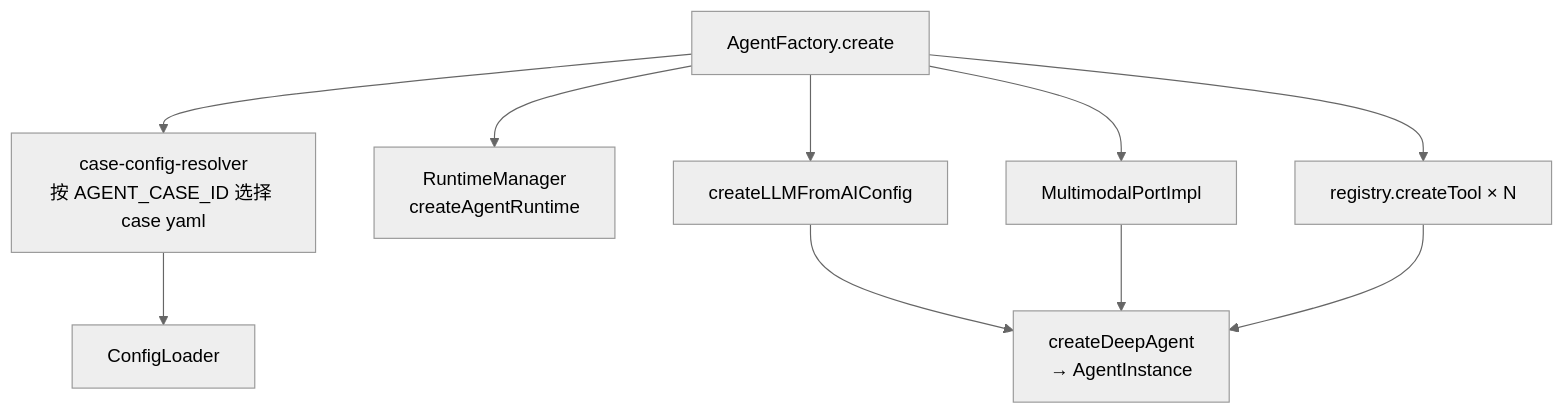
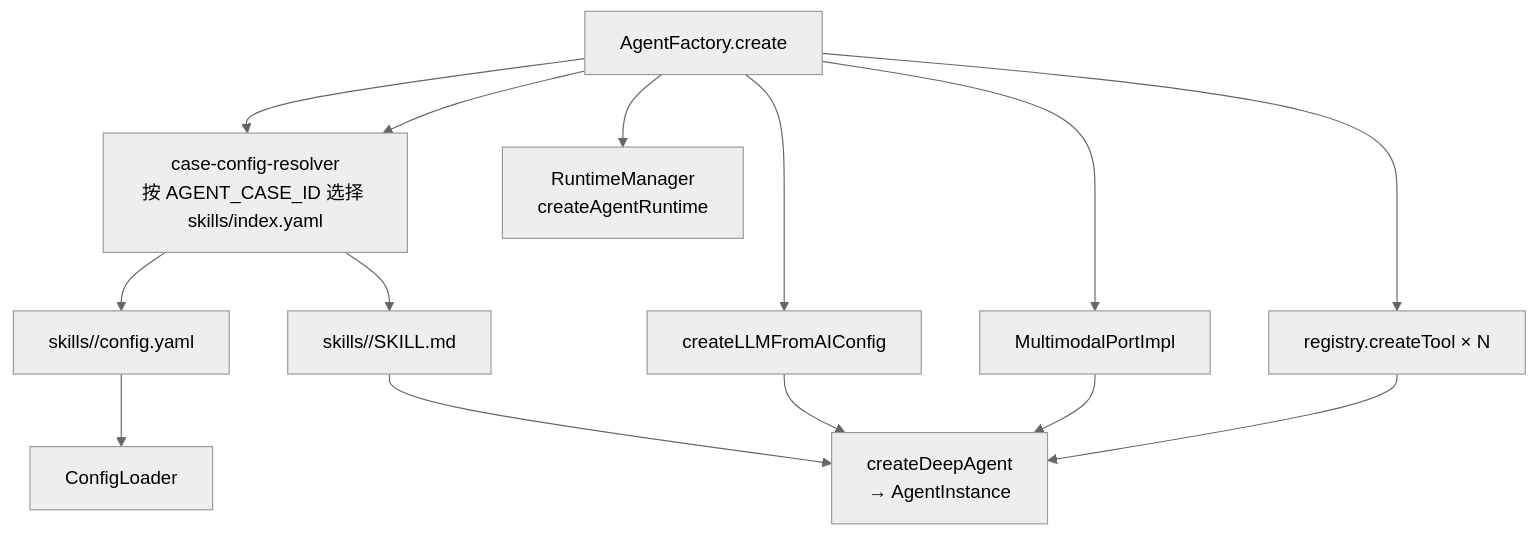
One commit to rximg/jiaojiao changed the second of 6 diagrams in docs/architecture/backend.md. Above: the diagram before and after it, drawn with Mermaid (neutral theme). The commit also changed other lines of this file and 26 other files, not shown here.

````diff
--- a/docs/architecture/backend.md
+++ b/docs/architecture/backend.md
@@ -156,20 +155,24 @@
 ```mermaid
 flowchart TD
     AF[AgentFactory.create]
-    CC[case-config-resolver\n按 AGENT_CASE_ID 选择 case yaml]
+    CC[case-config-resolver\n按 AGENT_CASE_ID 选择 skills/index.yaml]
+    SC[skills/<skill>/config.yaml]
+    SM[skills/<skill>/SKILL.md]
     CL[ConfigLoader]
     RM[RuntimeManager\ncreateAgentRuntime]
     TR[registry.createTool × N]
     LLM[createLLMFromAIConfig]
     MP[MultimodalPortImpl]
     DA[createDeepAgent\n→ AgentInstance]
 
-    AF --> CC --> CL
+    AF --> CC --> SC --> CL
+    AF --> CC --> SM
     AF --> RM
     AF --> TR
     AF --> LLM
     AF --> MP
+    SM --> DA
     LLM --> DA
     MP --> DA
     TR --> DA
 ```
````
